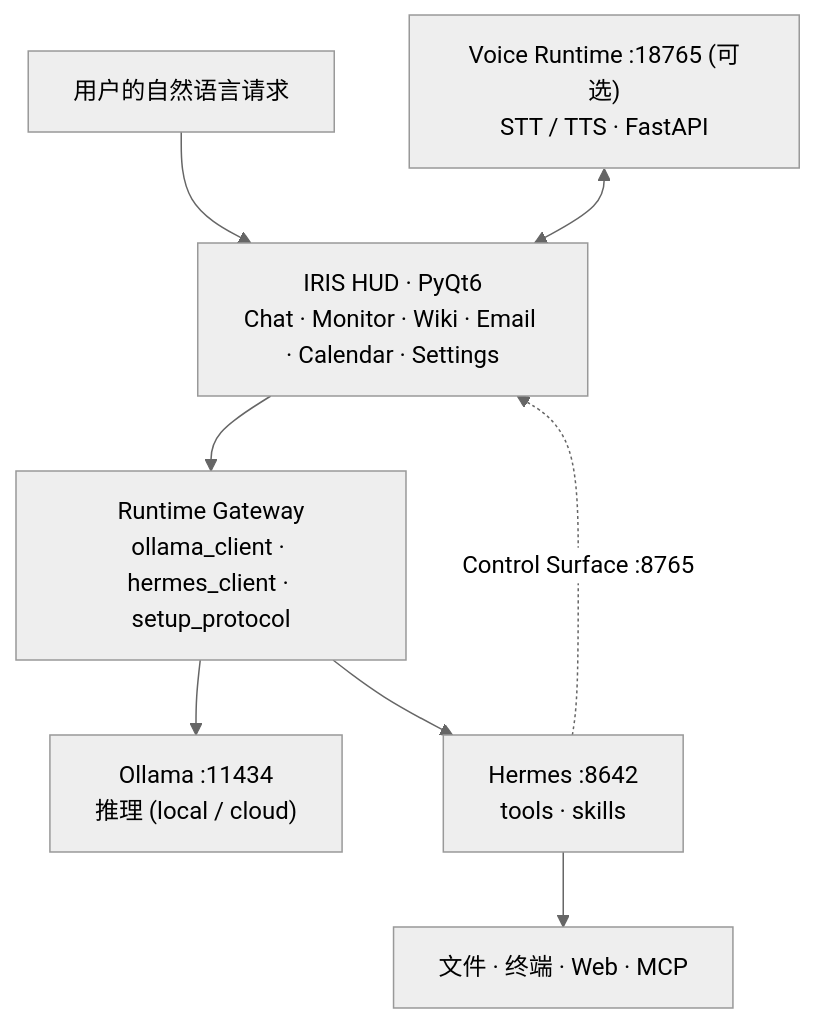
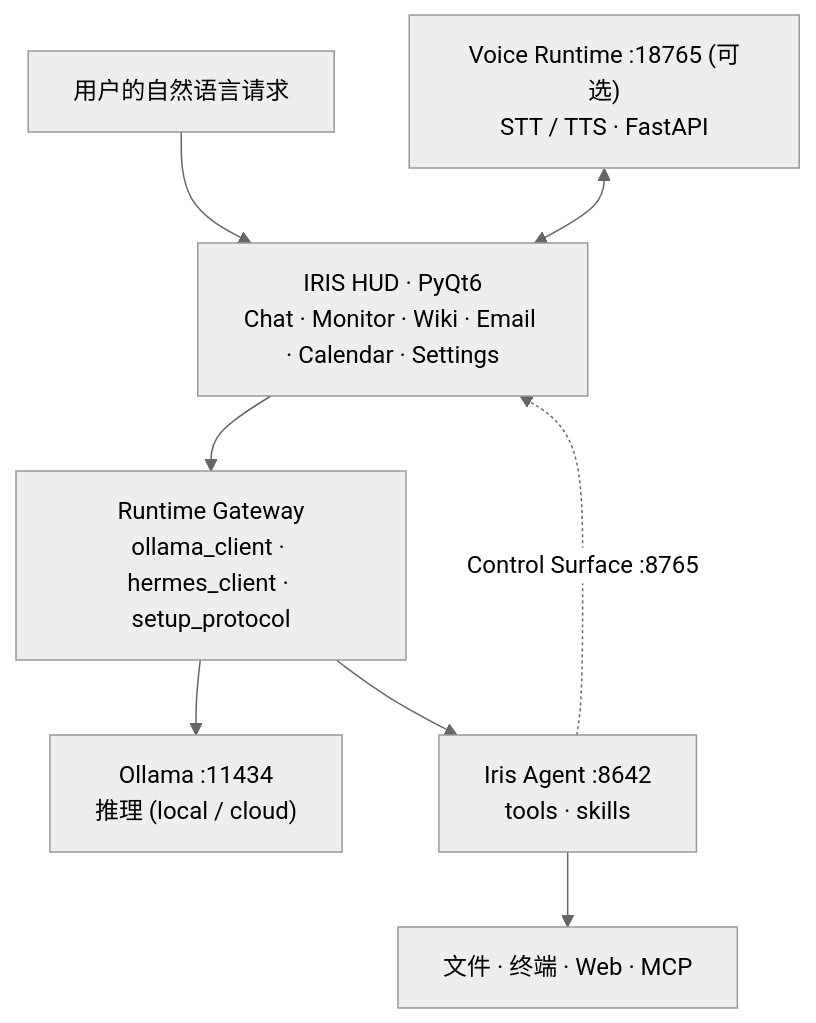
The diagram in README.zh.md (kwakminoo/Project-IRIS-Light), drawn with Mermaid (neutral theme) before and after one commit. The commit also changed other lines of this file and 131 other files, not shown here.

First line of the commit message:
chore(agent): snapshot Iris Agent absorb, gateway retirement, and landing rules

````diff
--- a/README.zh.md
+++ b/README.zh.md
@@ -120,10 +121,10 @@
 ```mermaid
 flowchart TD
     U["用户的自然语言请求"] --> HUD
     HUD["IRIS HUD · PyQt6<br/>Chat · Monitor · Wiki · Email · Calendar · Settings"] --> GW
     GW["Runtime Gateway<br/>ollama_client · hermes_client · setup_protocol"] --> OL["Ollama :11434<br/>推理 (local / cloud)"]
-    GW --> HM["Hermes :8642<br/>tools · skills"]
+    GW --> HM["Iris Agent :8642<br/>tools · skills"]
     HM --> T["文件 · 终端 · Web · MCP"]
     HM -. "Control Surface :8765" .-> HUD
     VR["Voice Runtime :18765 (可选)<br/>STT / TTS · FastAPI"] <--> HUD
 ```
````
